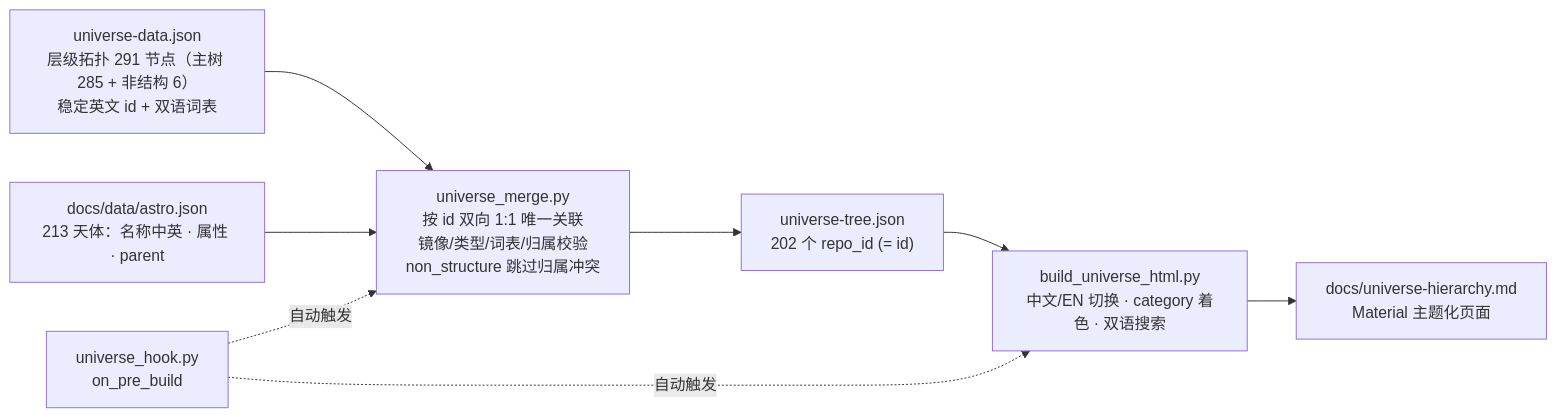
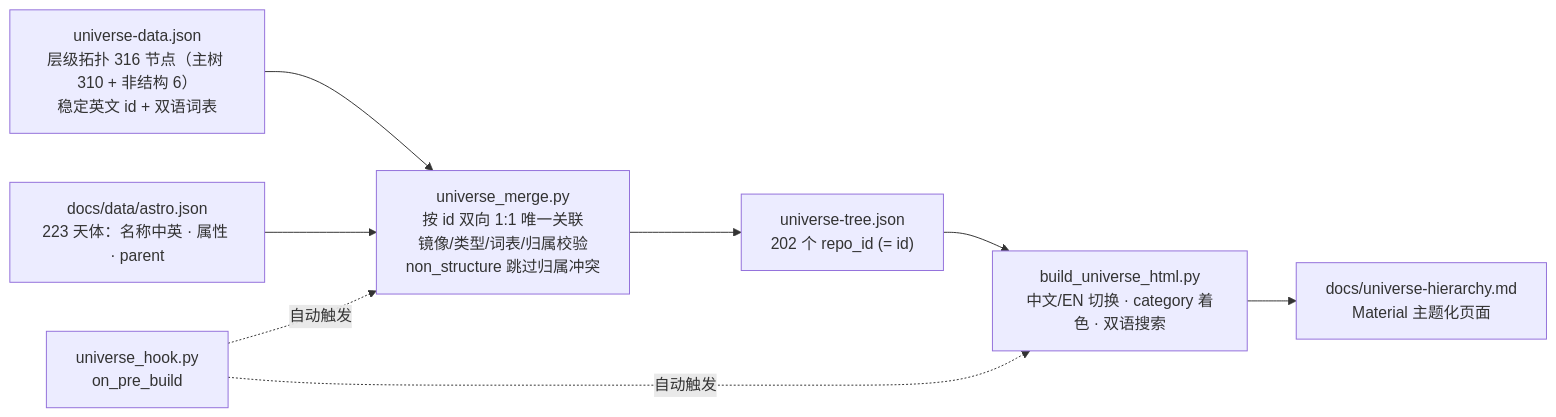
One commit to yufengwolf/astro-blog changed the second of 3 diagrams in README.md. Above: the diagram before and after it, drawn with Mermaid. The commit also changed other lines of this file and 71 other files, not shown here.

````diff
--- a/README.md
+++ b/README.md
@@ -236,10 +236,10 @@
 ```mermaid
 flowchart LR
-    UD["universe-data.json<br/>层级拓扑 291 节点（主树 285 + 非结构 6）<br/>稳定英文 id + 双语词表"] --> M["universe_merge.py<br/>按 id 双向 1:1 唯一关联<br/>镜像/类型/词表/归属校验<br/>non_structure 跳过归属冲突"]
-    AS["docs/data/astro.json<br/>213 天体：名称中英 · 属性 · parent"] --> M
+    UD["universe-data.json<br/>层级拓扑 316 节点（主树 310 + 非结构 6）<br/>稳定英文 id + 双语词表"] --> M["universe_merge.py<br/>按 id 双向 1:1 唯一关联<br/>镜像/类型/词表/归属校验<br/>non_structure 跳过归属冲突"]
+    AS["docs/data/astro.json<br/>223 天体：名称中英 · 属性 · parent"] --> M
     M --> UT["universe-tree.json<br/>202 个 repo_id (= id)"]
     UT --> B["build_universe_html.py<br/>中文/EN 切换 · category 着色 · 双语搜索"]
     B --> PG["docs/universe-hierarchy.md<br/>Material 主题化页面"]
     H["universe_hook.py<br/>on_pre_build"] -. 自动触发 .-> M
     H -. 自动触发 .-> B
 ```
````
